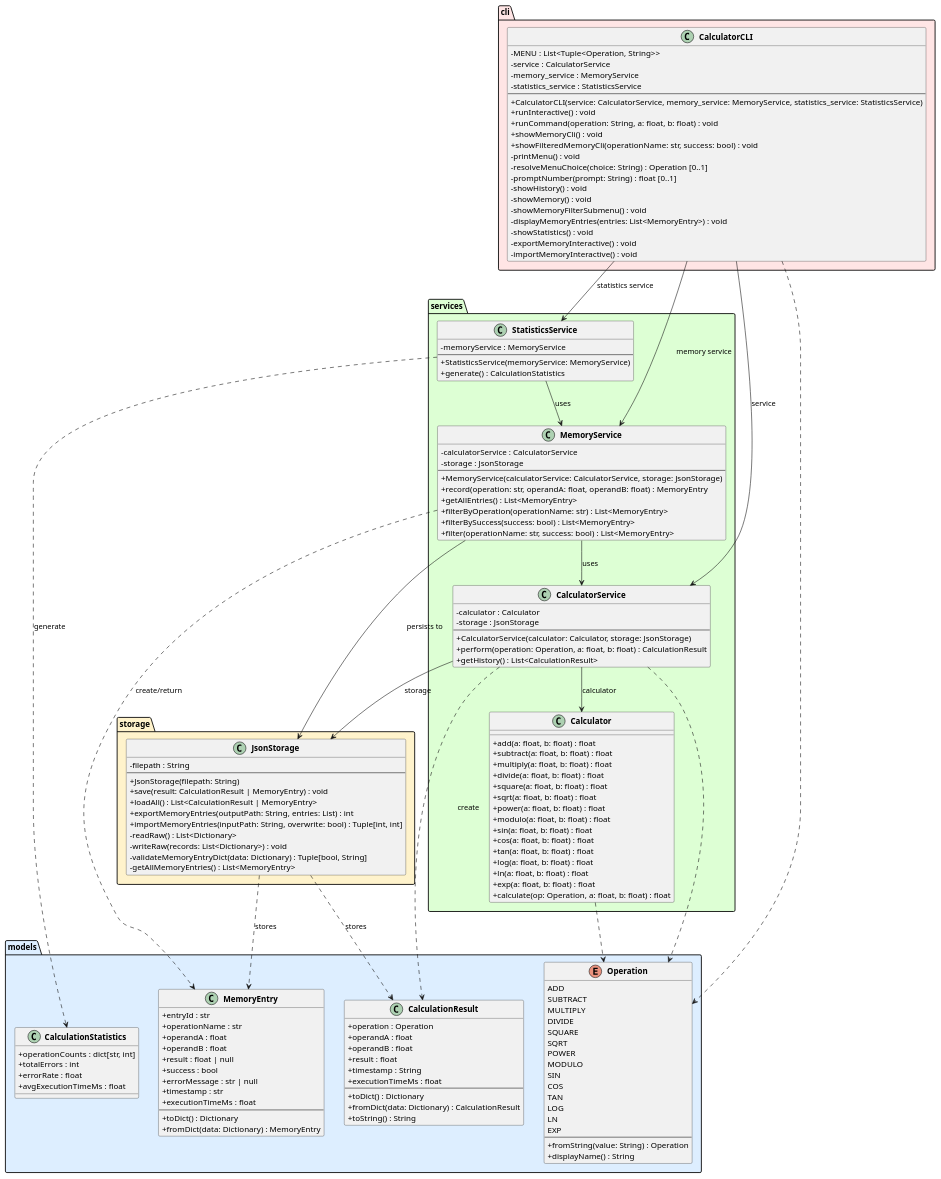
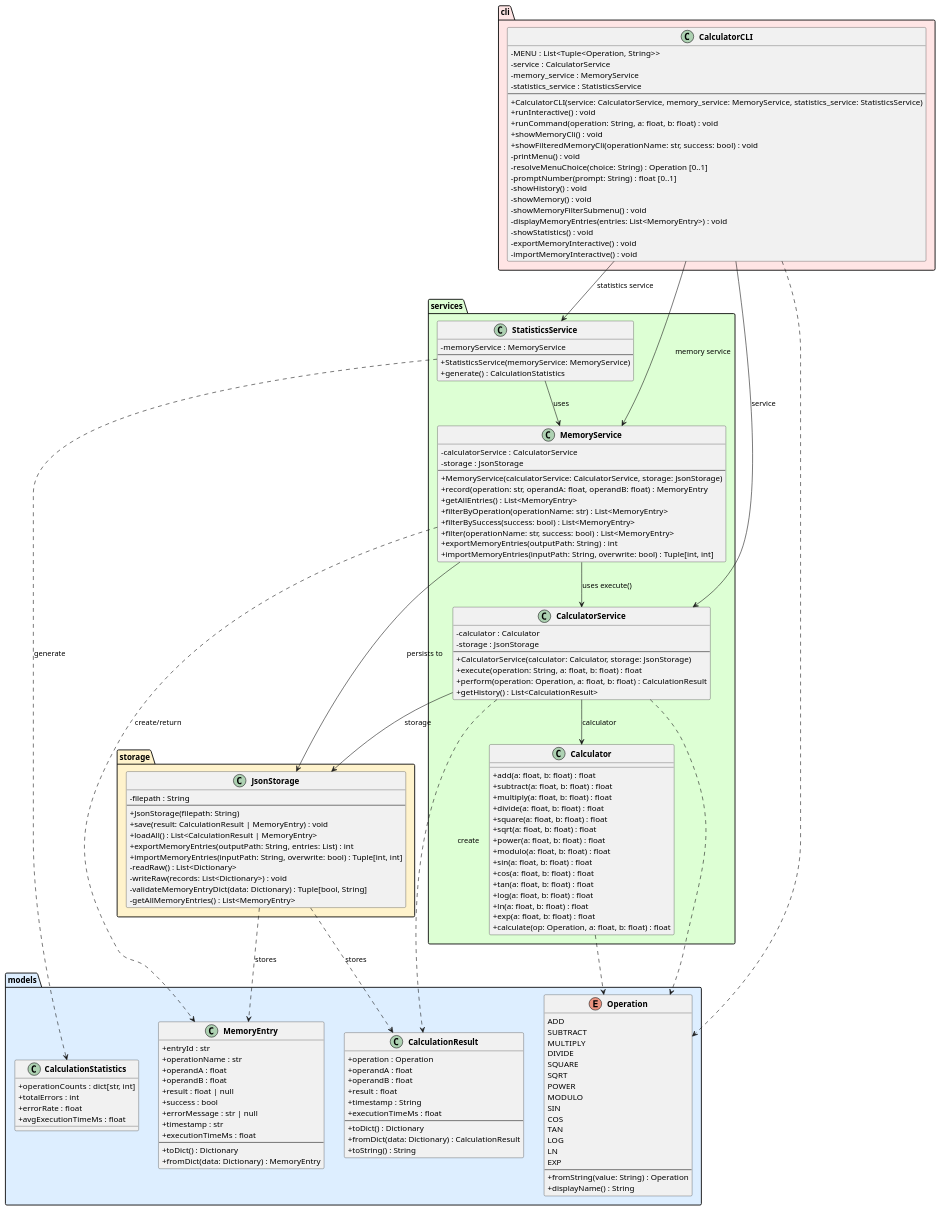
The diagram in experiments/supervisor_as_tools/user_stories/calculator/artifacts/class_diagram.puml (DanielRiha8906/Software_autoevolution_using_agents), drawn with PlantUML before and after one commit. The commit also changed 9 other files, not shown here.

First line of the commit message:
task 09: Establish clear layer boundaries in calculator architecture

```diff
--- a/experiments/supervisor_as_tools/user_stories/calculator/artifacts/class_diagram.puml
+++ b/experiments/supervisor_as_tools/user_stories/calculator/artifacts/class_diagram.puml
@@ -1,170 +1,173 @@
 @startuml class_diagram
 
 skinparam classAttributeIconSize 0
 skinparam classFontStyle bold
 
 package "models" #DDEEFF {
     enum Operation {
         ADD
         SUBTRACT
         MULTIPLY
         DIVIDE
         SQUARE
         SQRT
         POWER
         MODULO
         SIN
         COS
         TAN
         LOG
         LN
         EXP
         --
         +fromString(value: String) : Operation
         +displayName() : String
     }
 
     class CalculationResult {
         +operation : Operation
         +operandA : float
         +operandB : float
         +result : float
         +timestamp : String
         +executionTimeMs : float
         --
         +toDict() : Dictionary
         +fromDict(data: Dictionary) : CalculationResult
         +toString() : String
     }
 
     class MemoryEntry {
         +entryId : str
         +operationName : str
         +operandA : float
         +operandB : float
         +result : float | null
         +success : bool
         +errorMessage : str | null
         +timestamp : str
         +executionTimeMs : float
         --
         +toDict() : Dictionary
         +fromDict(data: Dictionary) : MemoryEntry
     }
 
     class CalculationStatistics {
         +operationCounts : dict[str, int]
         +totalErrors : int
         +errorRate : float
         +avgExecutionTimeMs : float
     }
 }
 
 package "services" #DDFFD4 {
     class Calculator {
         +add(a: float, b: float) : float
         +subtract(a: float, b: float) : float
         +multiply(a: float, b: float) : float
         +divide(a: float, b: float) : float
         +square(a: float, b: float) : float
         +sqrt(a: float, b: float) : float
         +power(a: float, b: float) : float
         +modulo(a: float, b: float) : float
         +sin(a: float, b: float) : float
         +cos(a: float, b: float) : float
         +tan(a: float, b: float) : float
         +log(a: float, b: float) : float
         +ln(a: float, b: float) : float
         +exp(a: float, b: float) : float
         +calculate(op: Operation, a: float, b: float) : float
     }
 
     class CalculatorService {
         -calculator : Calculator
         -storage : JsonStorage
         --
         +CalculatorService(calculator: Calculator, storage: JsonStorage)
+        +execute(operation: String, a: float, b: float) : float
         +perform(operation: Operation, a: float, b: float) : CalculationResult
         +getHistory() : List<CalculationResult>
     }
 
     class MemoryService {
         -calculatorService : CalculatorService
         -storage : JsonStorage
         --
         +MemoryService(calculatorService: CalculatorService, storage: JsonStorage)
         +record(operation: str, operandA: float, operandB: float) : MemoryEntry
         +getAllEntries() : List<MemoryEntry>
         +filterByOperation(operationName: str) : List<MemoryEntry>
         +filterBySuccess(success: bool) : List<MemoryEntry>
         +filter(operationName: str, success: bool) : List<MemoryEntry>
+        +exportMemoryEntries(outputPath: String) : int
+        +importMemoryEntries(inputPath: String, overwrite: bool) : Tuple[int, int]
     }
 
     class StatisticsService {
         -memoryService : MemoryService
         --
         +StatisticsService(memoryService: MemoryService)
         +generate() : CalculationStatistics
     }
 }
 
 package "storage" #FFF3CC {
     class JsonStorage {
         -filepath : String
         --
         +JsonStorage(filepath: String)
         +save(result: CalculationResult | MemoryEntry) : void
         +loadAll() : List<CalculationResult | MemoryEntry>
         +exportMemoryEntries(outputPath: String, entries: List) : int
         +importMemoryEntries(inputPath: String, overwrite: bool) : Tuple[int, int]
         -readRaw() : List<Dictionary>
         -writeRaw(records: List<Dictionary>) : void
         -validateMemoryEntryDict(data: Dictionary) : Tuple[bool, String]
         -getAllMemoryEntries() : List<MemoryEntry>
     }
 }
 
 package "cli" #FFE5E5 {
     class CalculatorCLI {
         -MENU : List<Tuple<Operation, String>>
         -service : CalculatorService
         -memory_service : MemoryService
         -statistics_service : StatisticsService
         --
         +CalculatorCLI(service: CalculatorService, memory_service: MemoryService, statistics_service: StatisticsService)
         +runInteractive() : void
         +runCommand(operation: String, a: float, b: float) : void
         +showMemoryCli() : void
         +showFilteredMemoryCli(operationName: str, success: bool) : void
         -printMenu() : void
         -resolveMenuChoice(choice: String) : Operation [0..1]
         -promptNumber(prompt: String) : float [0..1]
         -showHistory() : void
         -showMemory() : void
         -showMemoryFilterSubmenu() : void
         -displayMemoryEntries(entries: List<MemoryEntry>) : void
         -showStatistics() : void
         -exportMemoryInteractive() : void
         -importMemoryInteractive() : void
     }
 }
 
 CalculatorCLI --> CalculatorService : service
 CalculatorCLI --> MemoryService : memory service
 CalculatorCLI --> StatisticsService : statistics service
 CalculatorService --> Calculator : calculator
 CalculatorService --> JsonStorage : storage
-MemoryService --> CalculatorService : uses
+MemoryService --> CalculatorService : uses execute()
 MemoryService --> JsonStorage : persists to
 StatisticsService --> MemoryService : uses
 
 CalculatorService ..> CalculationResult : create
 MemoryService ..> MemoryEntry : create/return
 StatisticsService ..> CalculationStatistics : generate
 CalculatorService ..> Operation
 CalculatorCLI ..> Operation
 Calculator ..> Operation
 JsonStorage ..> CalculationResult : stores
 JsonStorage ..> MemoryEntry : stores
 
 @enduml
```
